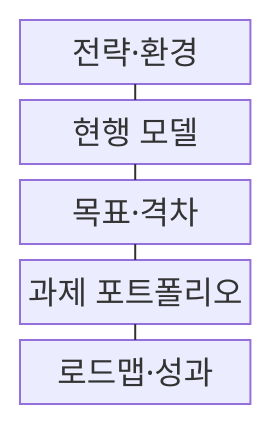
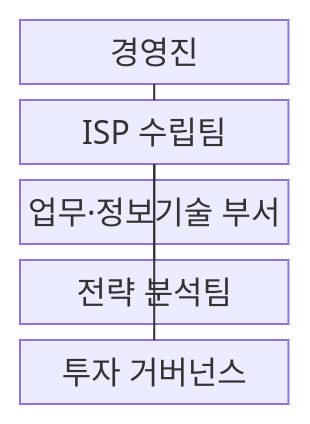
Before and after one commit to agnusdei1207/knowledge-base: the first of 2 diagrams in src/content/docs/notes/03-software/188_isp.md, drawn with Mermaid. The commit also changed other lines of this file and 20 other files, not shown here.

````diff
--- a/src/content/docs/notes/03-software/188_isp.md
+++ b/src/content/docs/notes/03-software/188_isp.md
@@ -49,13 +51,13 @@
 ```mermaid
-block-beta
+block
     columns 1
-    A["전략·환경"]
-    B["현행 모델"]
-    C["목표·격차"]
-    D["과제 포트폴리오"]
-    E["로드맵·성과"]
-    A --- B
-    B --- C
-    C --- D
-    D --- E
+    E["경영진"]
+    T["ISP 수립팀"]
+    B["업무·정보기술 부서"]
+    A["전략 분석팀"]
+    G["투자 거버넌스"]
+    E --- T
+    T --- B
+    T --- A
+    T --- G
 ```
````
